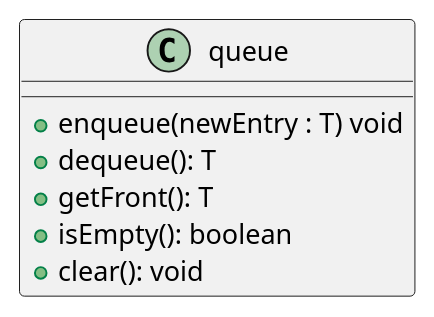
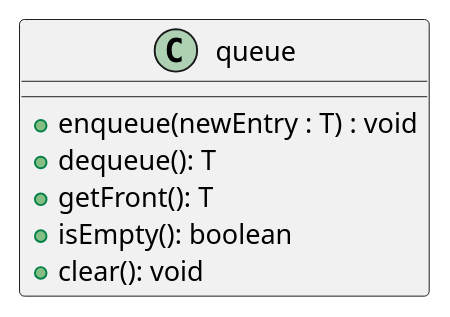
The first of 3 diagrams in cs2400/markdown/11 - Queue ADT.md (Inevitabby/notes), drawn with PlantUML before and after one commit. The commit also changed 2 other files, not shown here.

Commit message:
tweak: Queue, Recursion, List

````diff
--- a/cs2400/markdown/11 - Queue ADT.md
+++ b/cs2400/markdown/11 - Queue ADT.md
@@ -23,11 +23,11 @@
 ```plantuml
 @startuml
 class queue {
-	+enqueue(newEntry : T) void
+	+enqueue(newEntry : T) : void
 	+dequeue(): T
 	+getFront(): T
 	+isEmpty(): boolean
 	+clear(): void
 }
 @enduml
 ```
````
